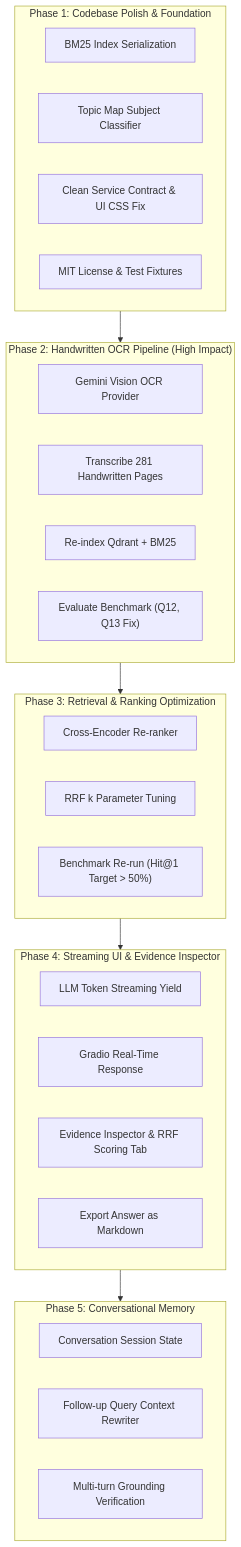
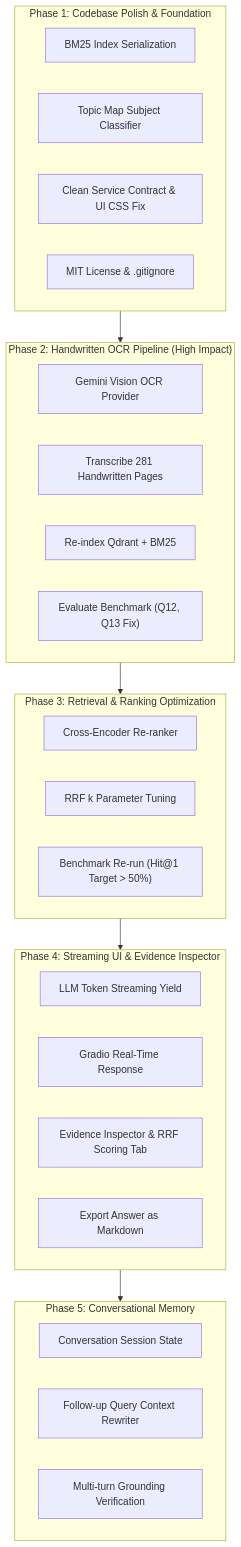
One commit to AshmanRaut/syllabus-rag-assistant changed the diagram in docs/next_steps/build-plan-and-prompts.md. Above: the diagram before and after it, drawn with Mermaid. The commit also changed other lines of this file, not shown here.

````diff
--- a/docs/next_steps/build-plan-and-prompts.md
+++ b/docs/next_steps/build-plan-and-prompts.md
@@ -9,40 +12,40 @@
 ```mermaid
 flowchart TD
     subgraph P1["Phase 1: Codebase Polish & Foundation"]
         A1["BM25 Index Serialization"]
         A2["Topic Map Subject Classifier"]
         A3["Clean Service Contract & UI CSS Fix"]
-        A4["MIT License & Test Fixtures"]
+        A4["MIT License & .gitignore"]
     end
 
     subgraph P2["Phase 2: Handwritten OCR Pipeline (High Impact)"]
         B1["Gemini Vision OCR Provider"]
         B2["Transcribe 281 Handwritten Pages"]
         B3["Re-index Qdrant + BM25"]
         B4["Evaluate Benchmark (Q12, Q13 Fix)"]
     end
 
     subgraph P3["Phase 3: Retrieval & Ranking Optimization"]
         C1["Cross-Encoder Re-ranker"]
         C2["RRF k Parameter Tuning"]
         C3["Benchmark Re-run (Hit@1 Target > 50%)"]
     end
 
     subgraph P4["Phase 4: Streaming UI & Evidence Inspector"]
         D1["LLM Token Streaming Yield"]
         D2["Gradio Real-Time Response"]
         D3["Evidence Inspector & RRF Scoring Tab"]
         D4["Export Answer as Markdown"]
     end
 
     subgraph P5["Phase 5: Conversational Memory"]
         E1["Conversation Session State"]
         E2["Follow-up Query Context Rewriter"]
         E3["Multi-turn Grounding Verification"]
     end
 
     P1 --> P2
     P2 --> P3
     P3 --> P4
     P4 --> P5
 ```
````
